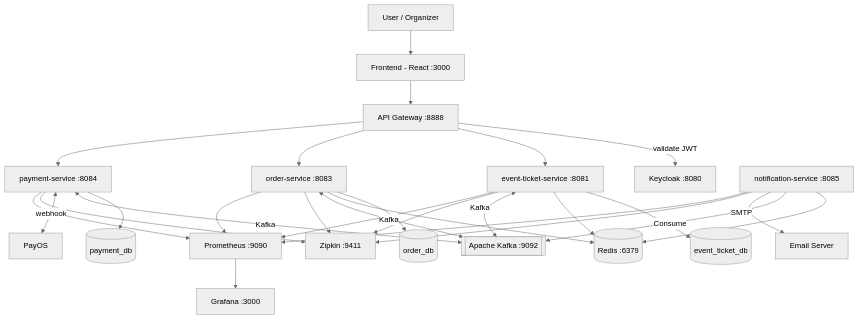
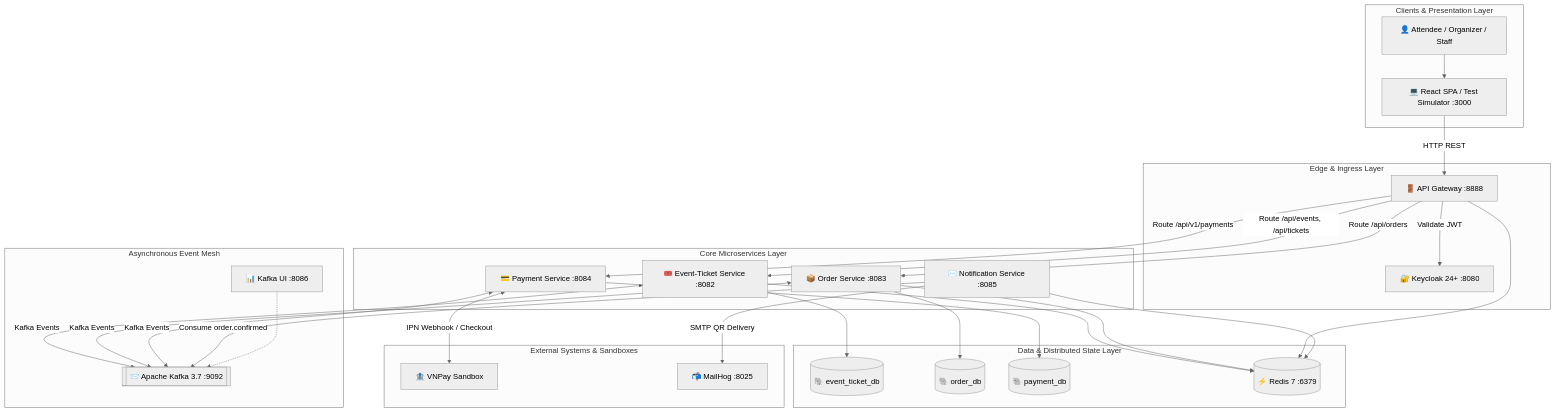
One commit to tcnguywn/event-ticket-booking changed the first of 2 diagrams in docs/architecture.md. Above: the diagram before and after it, drawn with Mermaid (neutral theme). The commit also changed other lines of this file and 2 other files, not shown here.

````diff
--- a/docs/architecture.md
+++ b/docs/architecture.md
@@ -144,36 +14,41 @@
 ```mermaid
 graph TB
-    U[User / Organizer] --> FE[Frontend - React :3000]
-    FE --> GW[API Gateway :8888]
+    subgraph "Clients & Presentation Layer"
+        User[👤 Attendee / Organizer / Staff] --> FE[💻 React SPA / Test Simulator :3000]
+    end
 
-    GW -->|validate JWT| KC[Keycloak :8080]
-    GW --> ETS[event-ticket-service :8081]
-    GW --> OS[order-service :8083]
-    GW --> PS[payment-service :8084]
+    subgraph "Edge & Ingress Layer"
+        FE -->|HTTP REST| GW[🚪 API Gateway :8888]
+        GW -->|Validate JWT| KC[🔐 Keycloak 24+ :8080]
+    end
 
-    ETS --> DB1[(event_ticket_db)]
-    ETS --> RD[(Redis :6379)]
-    OS --> DB2[(order_db)]
-    OS --> RD
-    PS --> DB3[(payment_db)]
-    NS[notification-service :8085] --> RD
+    subgraph "Core Microservices Layer"
+        GW -->|Route /api/events, /api/tickets| ETS[🎟️ Event-Ticket Service :8082]
+        GW -->|Route /api/orders| OS[📦 Order Service :8083]
+        GW -->|Route /api/v1/payments| PS[💳 Payment Service :8084]
+        NS[✉️ Notification Service :8085]
+    end
 
-    ETS <-->|Kafka| K[[Apache Kafka :9092]]
-    OS <-->|Kafka| K
-    PS <-->|Kafka| K
-    NS -->|Consume| K
+    subgraph "Data & Distributed State Layer"
+        ETS --> DB1[(🐘 event_ticket_db)]
+        OS --> DB2[(🐘 order_db)]
+        PS --> DB3[(🐘 payment_db)]
+        ETS --> RD[(⚡ Redis 7 :6379)]
+        OS --> RD
+        GW --> RD
+        NS --> RD
+    end
 
-    PS <-->|webhook| PO[PayOS]
-    NS -->|SMTP| MAIL[Email Server]
+    subgraph "Asynchronous Event Mesh"
+        ETS <-->|Kafka Events| K[[📨 Apache Kafka 3.7 :9092]]
+        OS <-->|Kafka Events| K
+        PS <-->|Kafka Events| K
+        NS -->|Consume order.confirmed| K
+        KUI[📊 Kafka UI :8086] -.-> K
+    end
 
-    ETS --> ZK[Zipkin :9411]
-    OS --> ZK
-    PS --> ZK
-    NS --> ZK
-
-    ETS --> PR[Prometheus :9090]
-    OS --> PR
-    PS --> PR
-    NS --> PR
-    PR --> GF[Grafana :3000]
+    subgraph "External Systems & Sandboxes"
+        PS <-->|IPN Webhook / Checkout| VNPay[🏦 VNPay Sandbox]
+        NS -->|SMTP QR Delivery| MH[📬 MailHog :8025]
+    end
 ```
````
